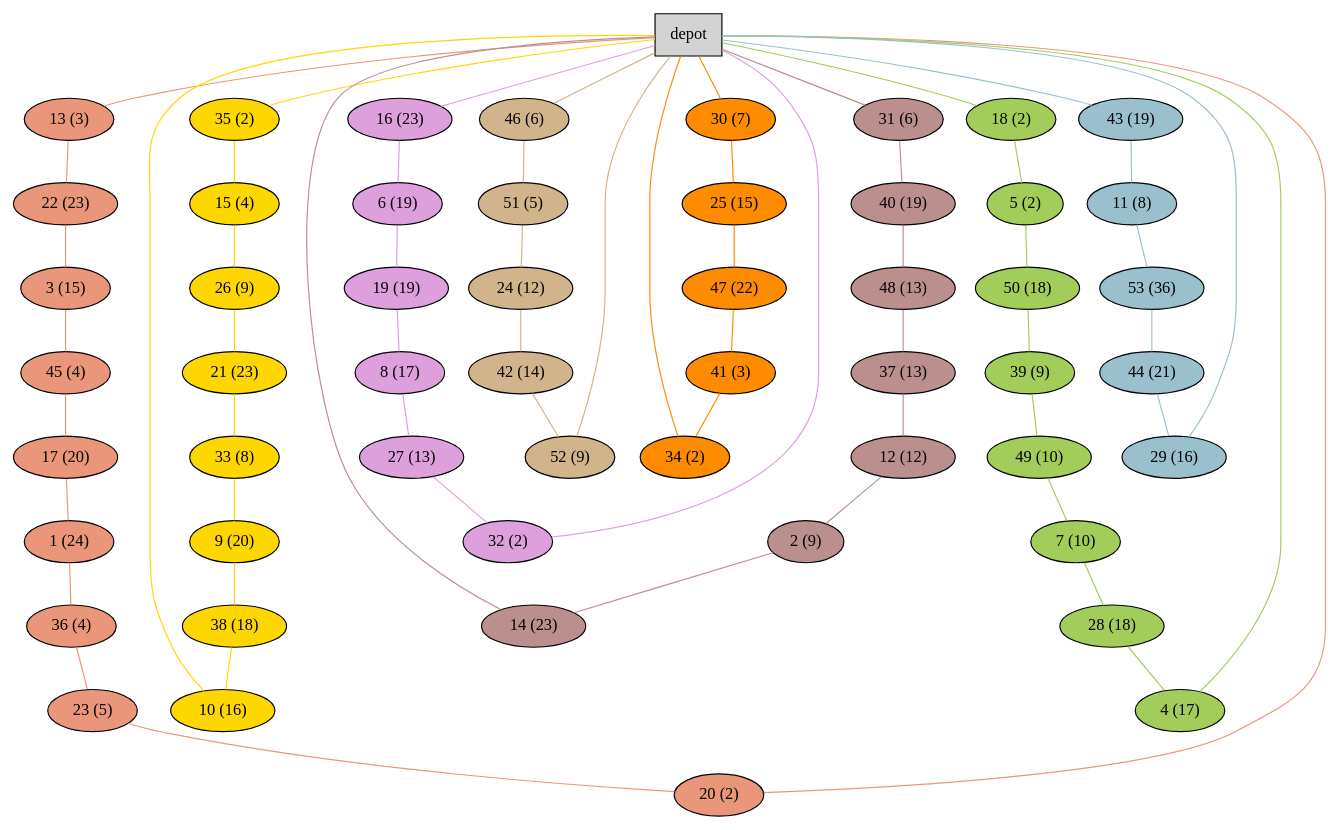
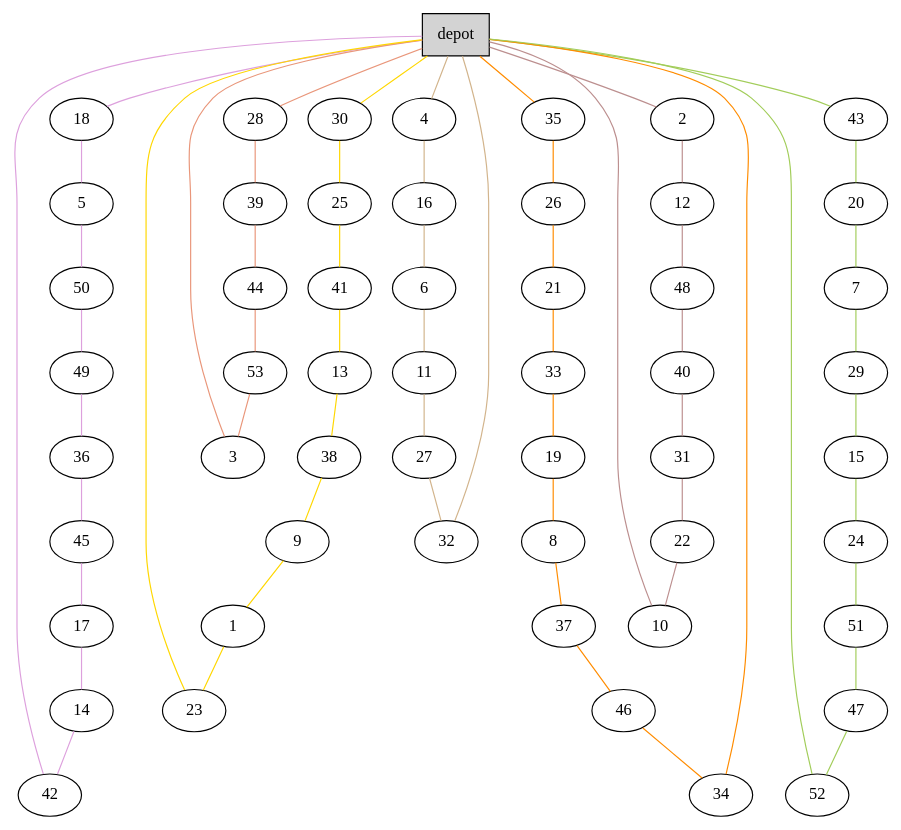
The diagram in Instances/A/plots_heuristics/A-n54-k7.vrp_G.dot (akheireddine/MAOA), drawn with Graphviz before and after one commit. The commit also changed 329 other files, not shown here.

```diff
--- a/Instances/A/plots_heuristics/A-n54-k7.vrp_G.dot
+++ b/Instances/A/plots_heuristics/A-n54-k7.vrp_G.dot
@@ -1,117 +1,116 @@
 graph G {
   0[shape = box, label = "depot", style = filled ];
-  13[shape = ellipse, label = "13 (3)", style = filled , fillcolor = darksalmon ];
-  "0"--"13"[color = darksalmon];
-  22[shape = ellipse, label = "22 (23)", style = filled , fillcolor = darksalmon ];
-  "13"--"22"[color = darksalmon];
-  3[shape = ellipse, label = "3 (15)", style = filled , fillcolor = darksalmon ];
-  "22"--"3"[color = darksalmon];
-  45[shape = ellipse, label = "45 (4)", style = filled , fillcolor = darksalmon ];
-  "3"--"45"[color = darksalmon];
-  17[shape = ellipse, label = "17 (20)", style = filled , fillcolor = darksalmon ];
-  "45"--"17"[color = darksalmon];
-  1[shape = ellipse, label = "1 (24)", style = filled , fillcolor = darksalmon ];
-  "17"--"1"[color = darksalmon];
-  36[shape = ellipse, label = "36 (4)", style = filled , fillcolor = darksalmon ];
-  "1"--"36"[color = darksalmon];
-  23[shape = ellipse, label = "23 (5)", style = filled , fillcolor = darksalmon ];
-  "36"--"23"[color = darksalmon];
-  20[shape = ellipse, label = "20 (2)", style = filled , fillcolor = darksalmon ];
-  "23"--"20"[color = darksalmon];
-  "20"--"0"[color = darksalmon];
-  35[shape = ellipse, label = "35 (2)", style = filled , fillcolor = gold ];
-  "0"--"35"[color = gold];
-  15[shape = ellipse, label = "15 (4)", style = filled , fillcolor = gold ];
-  "35"--"15"[color = gold];
-  26[shape = ellipse, label = "26 (9)", style = filled , fillcolor = gold ];
-  "15"--"26"[color = gold];
-  21[shape = ellipse, label = "21 (23)", style = filled , fillcolor = gold ];
-  "26"--"21"[color = gold];
-  33[shape = ellipse, label = "33 (8)", style = filled , fillcolor = gold ];
-  "21"--"33"[color = gold];
-  9[shape = ellipse, label = "9 (20)", style = filled , fillcolor = gold ];
-  "33"--"9"[color = gold];
-  38[shape = ellipse, label = "38 (18)", style = filled , fillcolor = gold ];
-  "9"--"38"[color = gold];
-  10[shape = ellipse, label = "10 (16)", style = filled , fillcolor = gold ];
-  "38"--"10"[color = gold];
-  "10"--"0"[color = gold];
-  16[shape = ellipse, label = "16 (23)", style = filled , fillcolor = plum ];
-  "0"--"16"[color = plum];
-  6[shape = ellipse, label = "6 (19)", style = filled , fillcolor = plum ];
-  "16"--"6"[color = plum];
-  19[shape = ellipse, label = "19 (19)", style = filled , fillcolor = plum ];
-  "6"--"19"[color = plum];
-  8[shape = ellipse, label = "8 (17)", style = filled , fillcolor = plum ];
-  "19"--"8"[color = plum];
-  27[shape = ellipse, label = "27 (13)", style = filled , fillcolor = plum ];
-  "8"--"27"[color = plum];
-  32[shape = ellipse, label = "32 (2)", style = filled , fillcolor = plum ];
-  "27"--"32"[color = plum];
-  "32"--"0"[color = plum];
-  46[shape = ellipse, label = "46 (6)", style = filled , fillcolor = tan ];
-  "0"--"46"[color = tan];
-  51[shape = ellipse, label = "51 (5)", style = filled , fillcolor = tan ];
-  "46"--"51"[color = tan];
-  24[shape = ellipse, label = "24 (12)", style = filled , fillcolor = tan ];
-  "51"--"24"[color = tan];
-  42[shape = ellipse, label = "42 (14)", style = filled , fillcolor = tan ];
-  "24"--"42"[color = tan];
-  52[shape = ellipse, label = "52 (9)", style = filled , fillcolor = tan ];
-  "42"--"52"[color = tan];
-  "52"--"0"[color = tan];
-  30[shape = ellipse, label = "30 (7)", style = filled , fillcolor = darkorange ];
-  "0"--"30"[color = darkorange];
-  25[shape = ellipse, label = "25 (15)", style = filled , fillcolor = darkorange ];
-  "30"--"25"[color = darkorange];
-  47[shape = ellipse, label = "47 (22)", style = filled , fillcolor = darkorange ];
-  "25"--"47"[color = darkorange];
-  41[shape = ellipse, label = "41 (3)", style = filled , fillcolor = darkorange ];
-  "47"--"41"[color = darkorange];
-  34[shape = ellipse, label = "34 (2)", style = filled , fillcolor = darkorange ];
-  "41"--"34"[color = darkorange];
+  28[shape = ellipse];
+  "0"--"28"[color = darksalmon];
+  39[shape = ellipse];
+  "28"--"39"[color = darksalmon];
+  44[shape = ellipse];
+  "39"--"44"[color = darksalmon];
+  53[shape = ellipse];
+  "44"--"53"[color = darksalmon];
+  3[shape = ellipse];
+  "53"--"3"[color = darksalmon];
+  "3"--"0"[color = darksalmon];
+  30[shape = ellipse];
+  "0"--"30"[color = gold];
+  25[shape = ellipse];
+  "30"--"25"[color = gold];
+  41[shape = ellipse];
+  "25"--"41"[color = gold];
+  13[shape = ellipse];
+  "41"--"13"[color = gold];
+  38[shape = ellipse];
+  "13"--"38"[color = gold];
+  9[shape = ellipse];
+  "38"--"9"[color = gold];
+  1[shape = ellipse];
+  "9"--"1"[color = gold];
+  23[shape = ellipse];
+  "1"--"23"[color = gold];
+  "23"--"0"[color = gold];
+  18[shape = ellipse];
+  "0"--"18"[color = plum];
+  5[shape = ellipse];
+  "18"--"5"[color = plum];
+  50[shape = ellipse];
+  "5"--"50"[color = plum];
+  49[shape = ellipse];
+  "50"--"49"[color = plum];
+  36[shape = ellipse];
+  "49"--"36"[color = plum];
+  45[shape = ellipse];
+  "36"--"45"[color = plum];
+  17[shape = ellipse];
+  "45"--"17"[color = plum];
+  14[shape = ellipse];
+  "17"--"14"[color = plum];
+  42[shape = ellipse];
+  "14"--"42"[color = plum];
+  "42"--"0"[color = plum];
+  4[shape = ellipse];
+  "0"--"4"[color = tan];
+  16[shape = ellipse];
+  "4"--"16"[color = tan];
+  6[shape = ellipse];
+  "16"--"6"[color = tan];
+  11[shape = ellipse];
+  "6"--"11"[color = tan];
+  27[shape = ellipse];
+  "11"--"27"[color = tan];
+  32[shape = ellipse];
+  "27"--"32"[color = tan];
+  "32"--"0"[color = tan];
+  35[shape = ellipse];
+  "0"--"35"[color = darkorange];
+  26[shape = ellipse];
+  "35"--"26"[color = darkorange];
+  21[shape = ellipse];
+  "26"--"21"[color = darkorange];
+  33[shape = ellipse];
+  "21"--"33"[color = darkorange];
+  19[shape = ellipse];
+  "33"--"19"[color = darkorange];
+  8[shape = ellipse];
+  "19"--"8"[color = darkorange];
+  37[shape = ellipse];
+  "8"--"37"[color = darkorange];
+  46[shape = ellipse];
+  "37"--"46"[color = darkorange];
+  34[shape = ellipse];
+  "46"--"34"[color = darkorange];
   "34"--"0"[color = darkorange];
-  31[shape = ellipse, label = "31 (6)", style = filled , fillcolor = rosybrown ];
-  "0"--"31"[color = rosybrown];
-  40[shape = ellipse, label = "40 (19)", style = filled , fillcolor = rosybrown ];
-  "31"--"40"[color = rosybrown];
-  48[shape = ellipse, label = "48 (13)", style = filled , fillcolor = rosybrown ];
-  "40"--"48"[color = rosybrown];
-  37[shape = ellipse, label = "37 (13)", style = filled , fillcolor = rosybrown ];
-  "48"--"37"[color = rosybrown];
-  12[shape = ellipse, label = "12 (12)", style = filled , fillcolor = rosybrown ];
-  "37"--"12"[color = rosybrown];
-  2[shape = ellipse, label = "2 (9)", style = filled , fillcolor = rosybrown ];
-  "12"--"2"[color = rosybrown];
-  14[shape = ellipse, label = "14 (23)", style = filled , fillcolor = rosybrown ];
-  "2"--"14"[color = rosybrown];
-  "14"--"0"[color = rosybrown];
-  18[shape = ellipse, label = "18 (2)", style = filled , fillcolor = darkolivegreen3 ];
-  "0"--"18"[color = darkolivegreen3];
-  5[shape = ellipse, label = "5 (2)", style = filled , fillcolor = darkolivegreen3 ];
-  "18"--"5"[color = darkolivegreen3];
-  50[shape = ellipse, label = "50 (18)", style = filled , fillcolor = darkolivegreen3 ];
-  "5"--"50"[color = darkolivegreen3];
-  39[shape = ellipse, label = "39 (9)", style = filled , fillcolor = darkolivegreen3 ];
-  "50"--"39"[color = darkolivegreen3];
-  49[shape = ellipse, label = "49 (10)", style = filled , fillcolor = darkolivegreen3 ];
-  "39"--"49"[color = darkolivegreen3];
-  7[shape = ellipse, label = "7 (10)", style = filled , fillcolor = darkolivegreen3 ];
-  "49"--"7"[color = darkolivegreen3];
-  28[shape = ellipse, label = "28 (18)", style = filled , fillcolor = darkolivegreen3 ];
-  "7"--"28"[color = darkolivegreen3];
-  4[shape = ellipse, label = "4 (17)", style = filled , fillcolor = darkolivegreen3 ];
-  "28"--"4"[color = darkolivegreen3];
-  "4"--"0"[color = darkolivegreen3];
-  43[shape = ellipse, label = "43 (19)", style = filled , fillcolor = lightblue3 ];
-  "0"--"43"[color = lightblue3];
-  11[shape = ellipse, label = "11 (8)", style = filled , fillcolor = lightblue3 ];
-  "43"--"11"[color = lightblue3];
-  53[shape = ellipse, label = "53 (36)", style = filled , fillcolor = lightblue3 ];
-  "11"--"53"[color = lightblue3];
-  44[shape = ellipse, label = "44 (21)", style = filled , fillcolor = lightblue3 ];
-  "53"--"44"[color = lightblue3];
-  29[shape = ellipse, label = "29 (16)", style = filled , fillcolor = lightblue3 ];
-  "44"--"29"[color = lightblue3];
-  "29"--"0"[color = lightblue3];
+  2[shape = ellipse];
+  "0"--"2"[color = rosybrown];
+  12[shape = ellipse];
+  "2"--"12"[color = rosybrown];
+  48[shape = ellipse];
+  "12"--"48"[color = rosybrown];
+  40[shape = ellipse];
+  "48"--"40"[color = rosybrown];
+  31[shape = ellipse];
+  "40"--"31"[color = rosybrown];
+  22[shape = ellipse];
+  "31"--"22"[color = rosybrown];
+  10[shape = ellipse];
+  "22"--"10"[color = rosybrown];
+  "10"--"0"[color = rosybrown];
+  43[shape = ellipse];
+  "0"--"43"[color = darkolivegreen3];
+  20[shape = ellipse];
+  "43"--"20"[color = darkolivegreen3];
+  7[shape = ellipse];
+  "20"--"7"[color = darkolivegreen3];
+  29[shape = ellipse];
+  "7"--"29"[color = darkolivegreen3];
+  15[shape = ellipse];
+  "29"--"15"[color = darkolivegreen3];
+  24[shape = ellipse];
+  "15"--"24"[color = darkolivegreen3];
+  51[shape = ellipse];
+  "24"--"51"[color = darkolivegreen3];
+  47[shape = ellipse];
+  "51"--"47"[color = darkolivegreen3];
+  52[shape = ellipse];
+  "47"--"52"[color = darkolivegreen3];
+  "52"--"0"[color = darkolivegreen3];
 }
```
